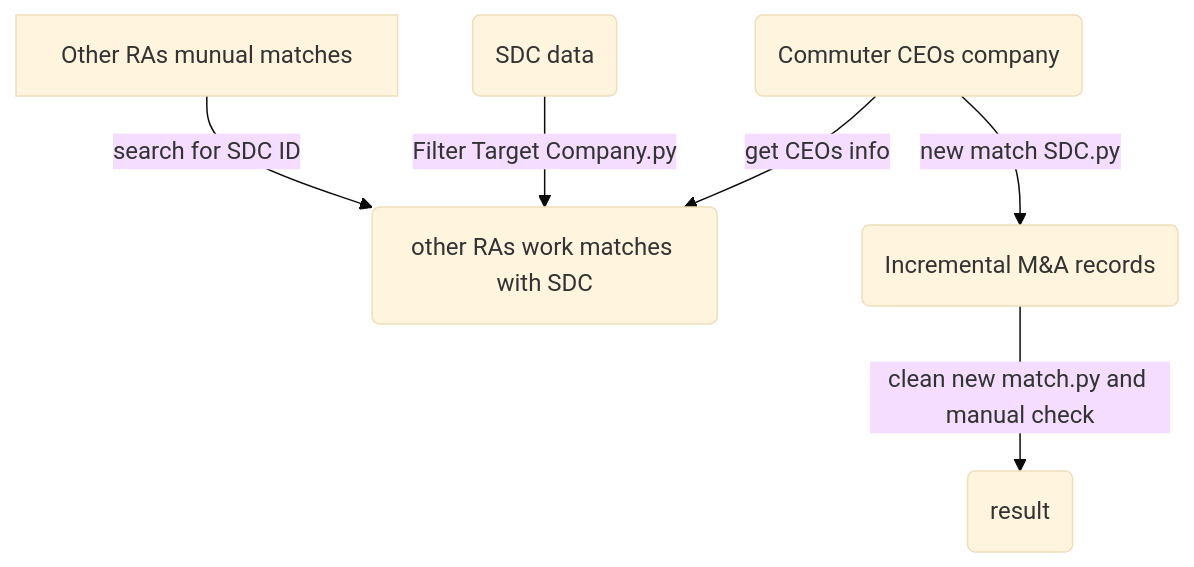
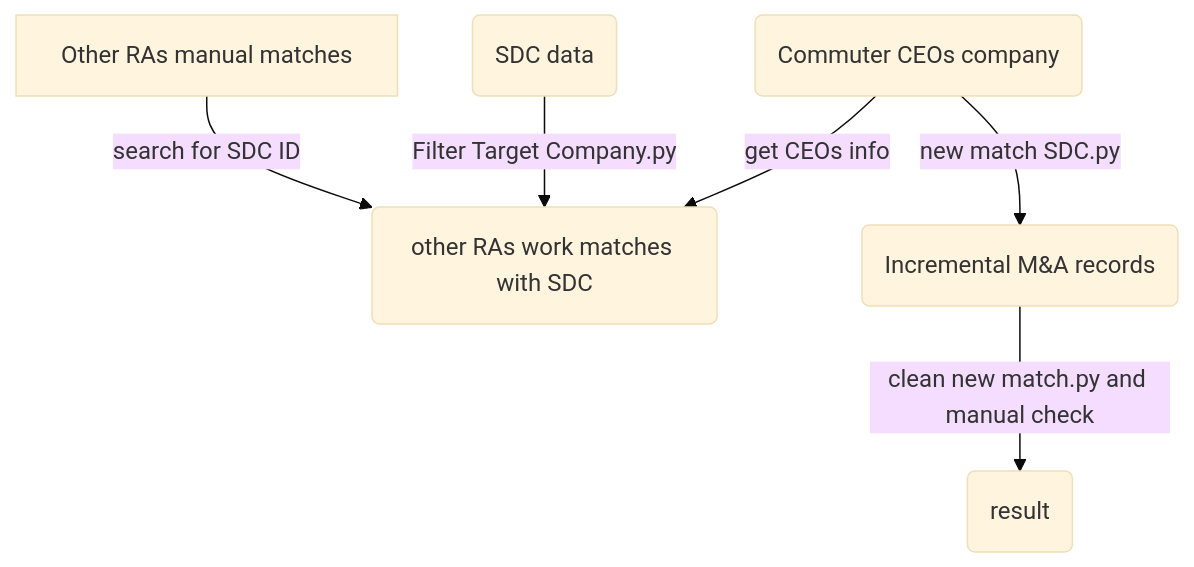
The diagram in content/projects/Sell and go home/MA in SDC data.md (Chase-Hao/Hao_Portfolio), drawn with Mermaid (base theme) before and after one commit. The commit also changed other lines of this file and 9 other files, not shown here.

````diff
--- a/content/projects/Sell and go home/MA in SDC data.md
+++ b/content/projects/Sell and go home/MA in SDC data.md
@@ -22,10 +22,10 @@
 ```mermaid
 graph TD
-A1[Other RAs munual matches ] --> | search for SDC ID|B1(other RAs work matches with SDC)
+A1[Other RAs manual matches ] --> | search for SDC ID|B1(other RAs work matches with SDC)
 A3(SDC data) -->|Filter Target Company.py|B1 
 
 A(Commuter CEOs company) -->|get CEOs info|B1
 
 A-->|"new match SDC.py"|C1(Incremental M&A records)
 C1-->|clean new match.py and manual check|D(result)
 ```
````
